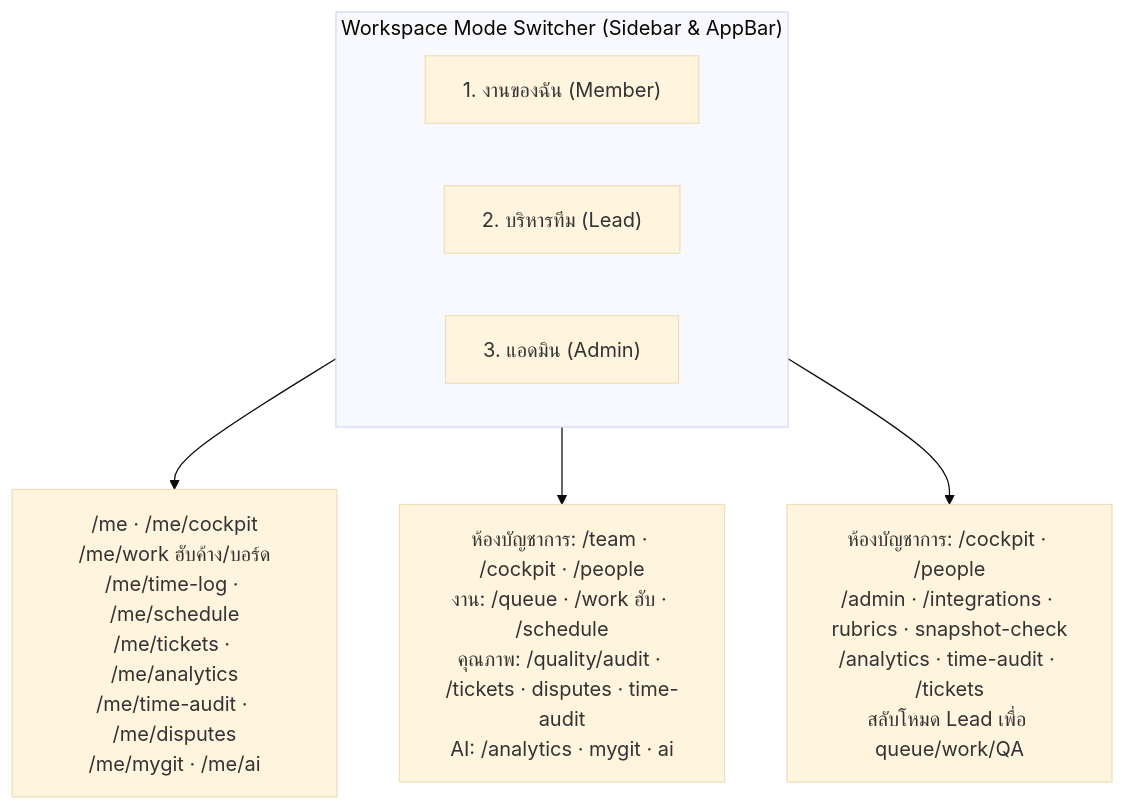
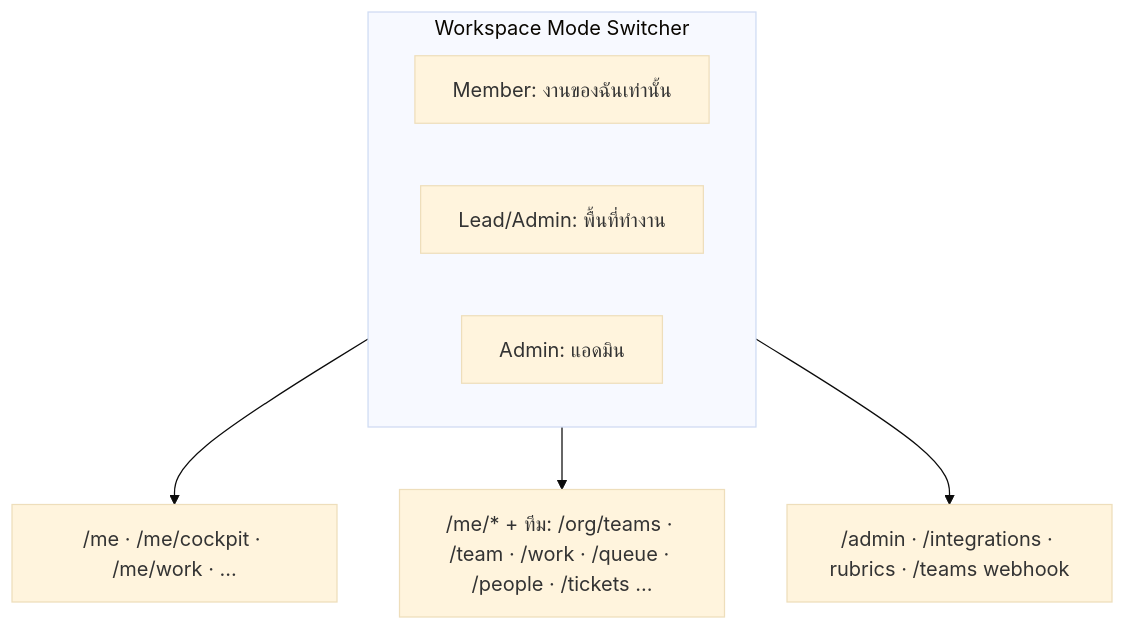
The diagram in docs/คู่มือ.md (chanachaipmgeng/myTask), drawn with Mermaid (base theme) before and after one commit. The commit also changed other lines of this file and 47 other files, not shown here.

````diff
--- a/docs/คู่มือ.md
+++ b/docs/คู่มือ.md
@@ -118,12 +118,12 @@
 ```mermaid
 flowchart TD
-    subgraph Switcher["Workspace Mode Switcher (Sidebar & AppBar)"]
+    subgraph Switcher["Workspace Mode Switcher"]
         direction LR
-        M["1. งานของฉัน (Member)"]
-        L["2. บริหารทีม (Lead)"]
-        A["3. แอดมิน (Admin)"]
+        M["Member: งานของฉันเท่านั้น"]
+        W["Lead/Admin: พื้นที่ทำงาน"]
+        A["Admin: แอดมิน"]
     end
-    M --> M_Routes["/me · /me/cockpit<br>/me/work ฮับค้าง/บอร์ด<br>/me/time-log · /me/schedule<br>/me/tickets · /me/analytics<br>/me/time-audit · /me/disputes<br>/me/mygit · /me/ai"]
-    L --> L_Routes["ห้องบัญชาการ: /team · /cockpit · /people<br>งาน: /queue · /work ฮับ · /schedule<br>คุณภาพ: /quality/audit · /tickets · disputes · time-audit<br>AI: /analytics · mygit · ai"]
-    A --> A_Routes["ห้องบัญชาการ: /cockpit · /people<br>/admin · /integrations · rubrics · snapshot-check<br>/analytics · time-audit · /tickets<br>สลับโหมด Lead เพื่อ queue/work/QA"]
+    M --> M_Routes["/me · /me/cockpit · /me/work · ..."]
+    W --> W_Routes["/me/* + ทีม: /org/teams · /team · /work · /queue · /people · /tickets ..."]
+    A --> A_Routes["/admin · /integrations · rubrics · /teams webhook"]
 ```
````
